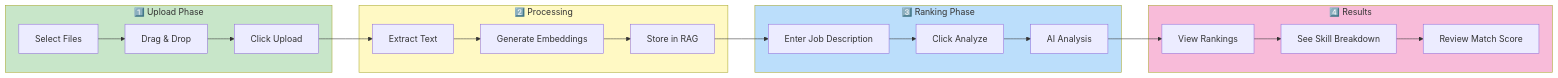
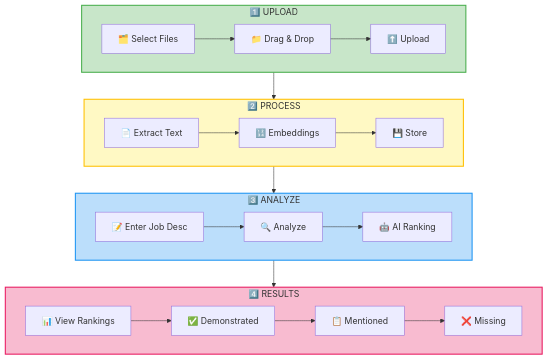
Before and after one commit to Pradnesh23/AuraAi: the second of 4 diagrams in README.md, drawn with Mermaid.

Commit message:
Improve User Flow diagram layout

````diff
--- a/README.md
+++ b/README.md
@@ -74,31 +74,36 @@
 ```mermaid
-flowchart LR
-    subgraph Upload["1️⃣ Upload Phase"]
-        A[Select Files] --> B[Drag & Drop]
-        B --> C[Click Upload]
+flowchart TB
+    subgraph Phase1["1️⃣ UPLOAD"]
+        direction LR
+        A[🗂️ Select Files] --> B[📁 Drag & Drop]
+        B --> C[⬆️ Upload]
     end
 
-    subgraph Process["2️⃣ Processing"]
-        D[Extract Text] --> E[Generate Embeddings]
-        E --> F[Store in RAG]
+    subgraph Phase2["2️⃣ PROCESS"]
+        direction LR
+        D[📄 Extract Text] --> E[🔢 Embeddings]
+        E --> F[💾 Store]
     end
 
-    subgraph Rank["3️⃣ Ranking Phase"]
-        G[Enter Job Description] --> H[Click Analyze]
-        H --> I[AI Analysis]
+    subgraph Phase3["3️⃣ ANALYZE"]
+        direction LR
+        G[📝 Enter Job Desc] --> H[🔍 Analyze]
+        H --> I[🤖 AI Ranking]
     end
 
-    subgraph Results["4️⃣ Results"]
-        J[View Rankings] --> K[See Skill Breakdown]
-        K --> L[Review Match Score]
+    subgraph Phase4["4️⃣ RESULTS"]
+        direction LR
+        J[📊 View Rankings] --> K[✅ Demonstrated]
+        K --> L[📋 Mentioned]
+        L --> M[❌ Missing]
     end
 
-    C --> D
-    F --> G
-    I --> J
+    Phase1 --> Phase2
+    Phase2 --> Phase3
+    Phase3 --> Phase4
 
-    style Upload fill:#c8e6c9
-    style Process fill:#fff9c4
-    style Rank fill:#bbdefb
-    style Results fill:#f8bbd9
+    style Phase1 fill:#c8e6c9,stroke:#4caf50,stroke-width:2px
+    style Phase2 fill:#fff9c4,stroke:#ffc107,stroke-width:2px
+    style Phase3 fill:#bbdefb,stroke:#2196f3,stroke-width:2px
+    style Phase4 fill:#f8bbd0,stroke:#e91e63,stroke-width:2px
 ```
````
